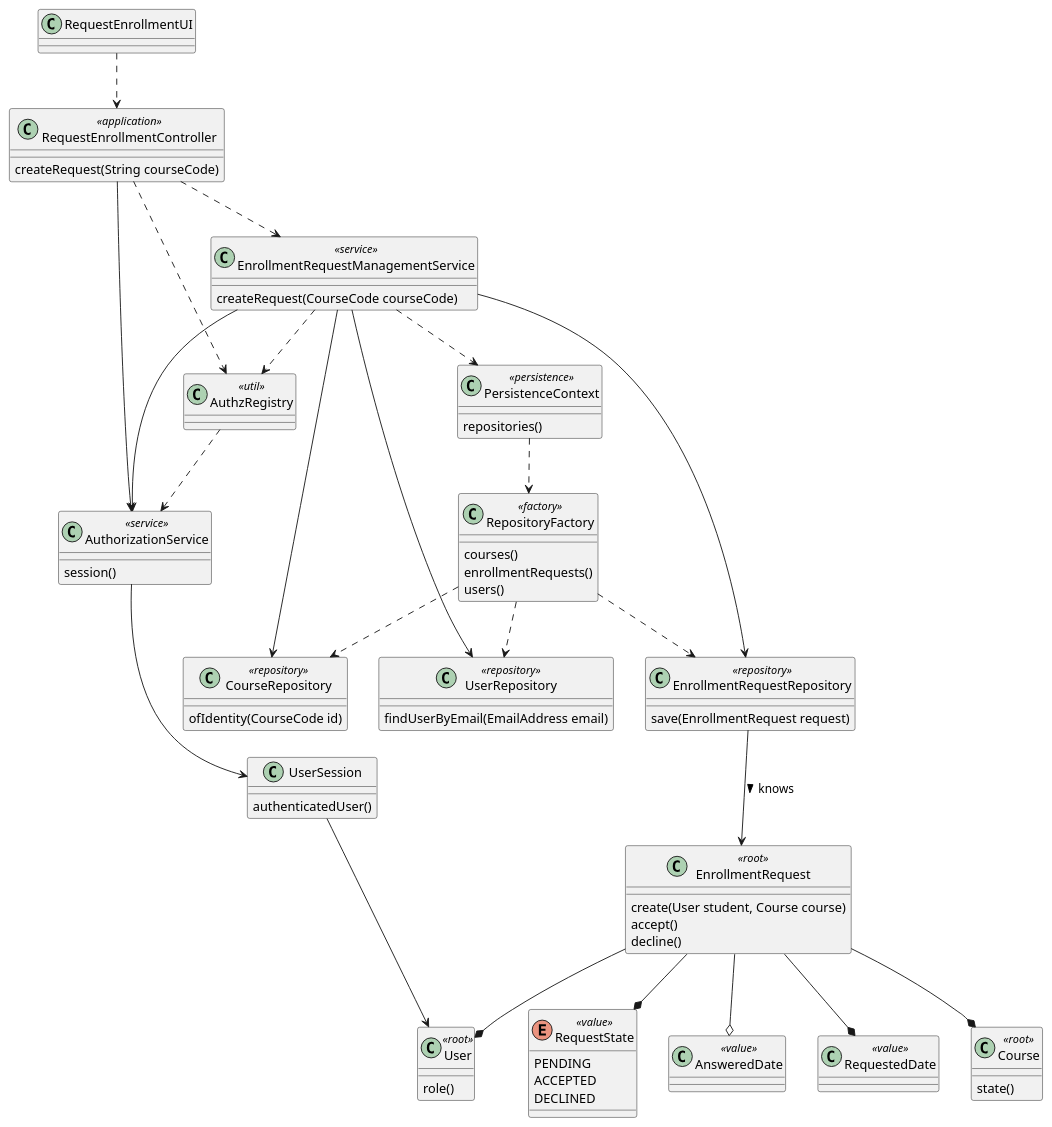
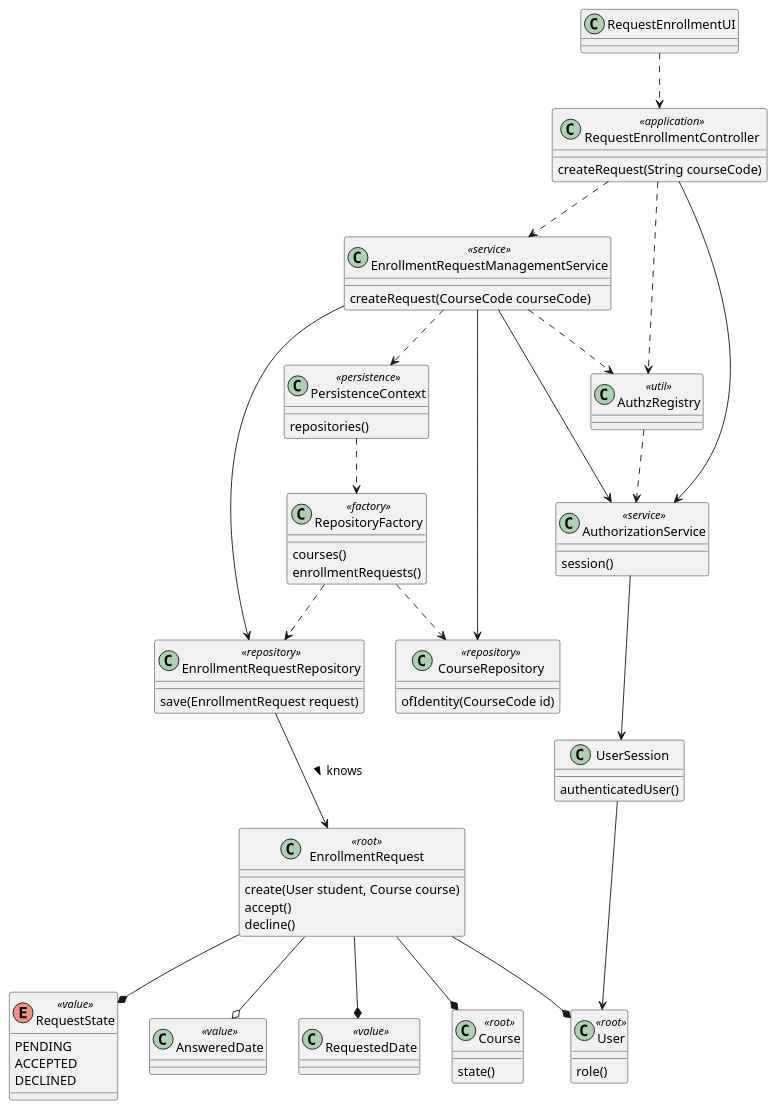
The diagram in docs/SPRINT B/US_1008/CD/CD.puml (brunacosta03/sem4pi_22_23), drawn with PlantUML before and after one commit. The commit also changed 1 other file, not shown here.

Commit message:
fix: neither user repo needed, nor transactional context

```diff
--- a/docs/SPRINT B/US_1008/CD/CD.puml
+++ b/docs/SPRINT B/US_1008/CD/CD.puml
@@ -1,118 +1,111 @@
 @startuml
 
 'left to right direction
 
 ' use case related classes
 class RequestEnrollmentUI{
 }
 
 class RequestEnrollmentController <<application>>{
     createRequest(String courseCode)
 }
 
 'domain classes
 class EnrollmentRequest <<root>>{
     create(User student, Course course)
     accept()
     decline()
 }
 
 class Course <<root>>{
     state()
 }
 
 class User <<root>>{
     role()
 }
 
 class UserSession {
     authenticatedUser()
 }
 
 ' enrollment request value objects
 enum RequestState <<value>> {
     PENDING
     ACCEPTED
     DECLINED
 }
 
 class AnsweredDate <<value>> {
 }
 
 class RequestedDate <<value>> {
 }
 
 ' repositories/persistence
 class PersistenceContext <<persistence>>{
     repositories()
 }
 
 class RepositoryFactory <<factory>> {
     courses()
     enrollmentRequests()
-    users()
 }
 
 class CourseRepository <<repository>>{
     ofIdentity(CourseCode id)
 }
 
 class EnrollmentRequestRepository <<repository>> {
     save(EnrollmentRequest request)
-}
-
-class UserRepository <<repository>> {
-    findUserByEmail(EmailAddress email)
 }
 
 ' service
 class EnrollmentRequestManagementService <<service>> {
     createRequest(CourseCode courseCode)
 }
 
 class AuthorizationService <<service>> {
     session()
 }
 
 class AuthzRegistry <<util>> {
 }
 
 
 EnrollmentRequest --* Course
 EnrollmentRequest --* User
 EnrollmentRequest --* RequestState
 EnrollmentRequest --* RequestedDate
 EnrollmentRequest --o AnsweredDate
 
 EnrollmentRequestRepository --> EnrollmentRequest : knows >
 
 RequestEnrollmentUI ..> RequestEnrollmentController
 
 RequestEnrollmentController ..> EnrollmentRequestManagementService
 RequestEnrollmentController ..> AuthzRegistry
 RequestEnrollmentController --> AuthorizationService
 
 EnrollmentRequestManagementService ..> PersistenceContext
 EnrollmentRequestManagementService --> EnrollmentRequestRepository
 EnrollmentRequestManagementService --> CourseRepository
-EnrollmentRequestManagementService --> UserRepository
 
 PersistenceContext ..> RepositoryFactory
 
 
 RepositoryFactory ..> EnrollmentRequestRepository
 RepositoryFactory ..> CourseRepository
-RepositoryFactory ..> UserRepository
 
 
 
 AuthzRegistry ..> AuthorizationService
 AuthorizationService --> UserSession
 UserSession --> User
 
 EnrollmentRequestManagementService ..> AuthzRegistry
 EnrollmentRequestManagementService --> AuthorizationService
 
 
 
 @enduml
```
